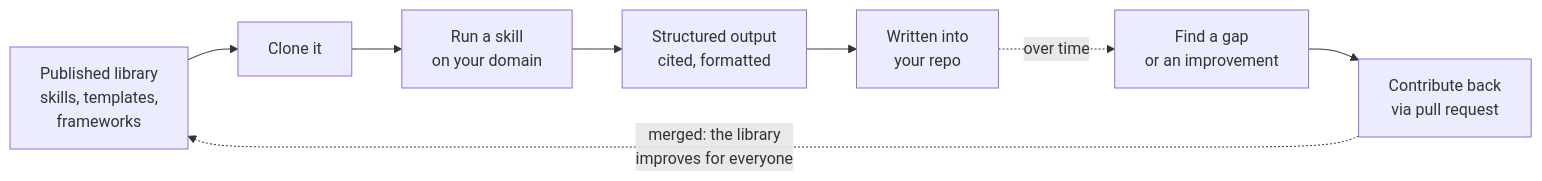
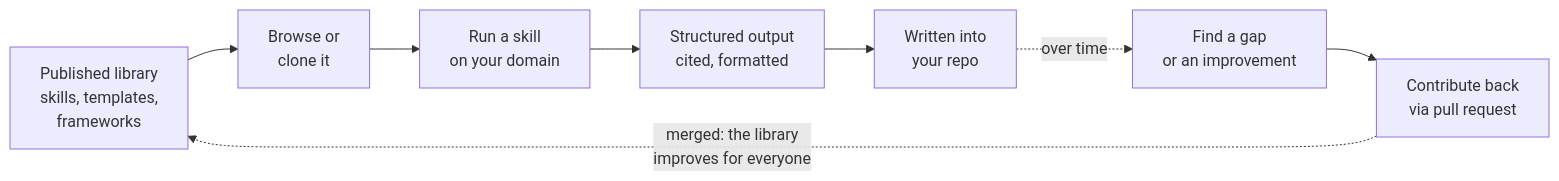
One commit to Productside/Productside-Github4PMs changed the diagram in docs/diagrams/22-the-library-consumption-loop.md. Above: the diagram before and after it, drawn with Mermaid. The commit also changed other lines of this file and 206 other files, not shown here.

````diff
--- a/docs/diagrams/22-the-library-consumption-loop.md
+++ b/docs/diagrams/22-the-library-consumption-loop.md
@@ -7,14 +7,14 @@
 ```mermaid
 flowchart LR
   PB["Published library<br/>skills, templates,<br/>frameworks"]
-  CL["Clone it"]
+  CL["Browse or<br/>clone it"]
   RN["Run a skill<br/>on your domain"]
   OP["Structured output<br/>cited, formatted"]
   WR["Written into<br/>your repo"]
   FG["Find a gap<br/>or an improvement"]
   PR["Contribute back<br/>via pull request"]
 
   PB --> CL --> RN --> OP --> WR
   WR -.->|"over time"| FG --> PR
   PR -.->|"merged: the library<br/>improves for everyone"| PB
 ```
````
